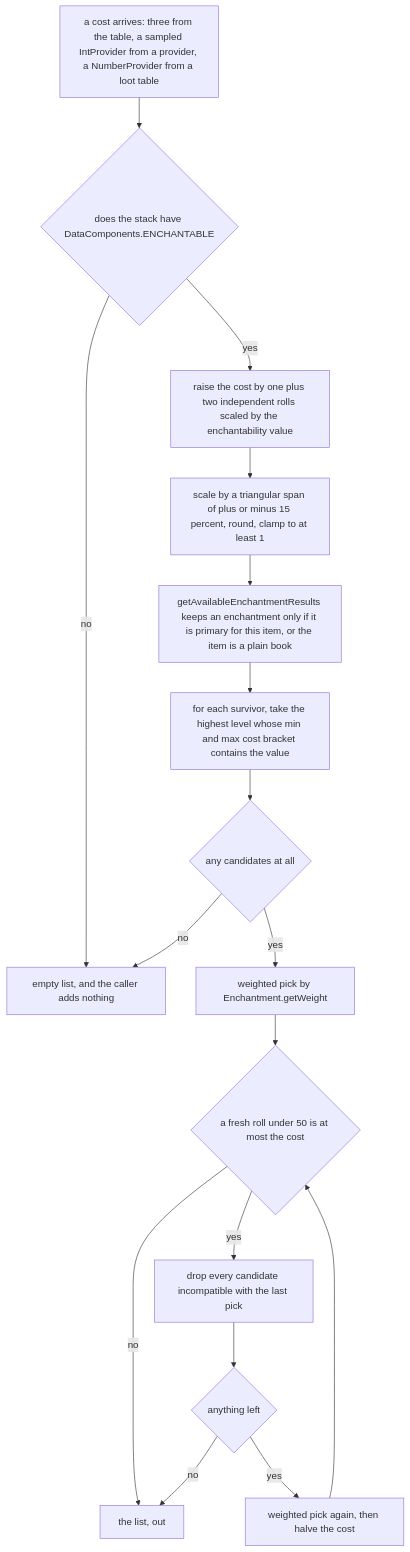
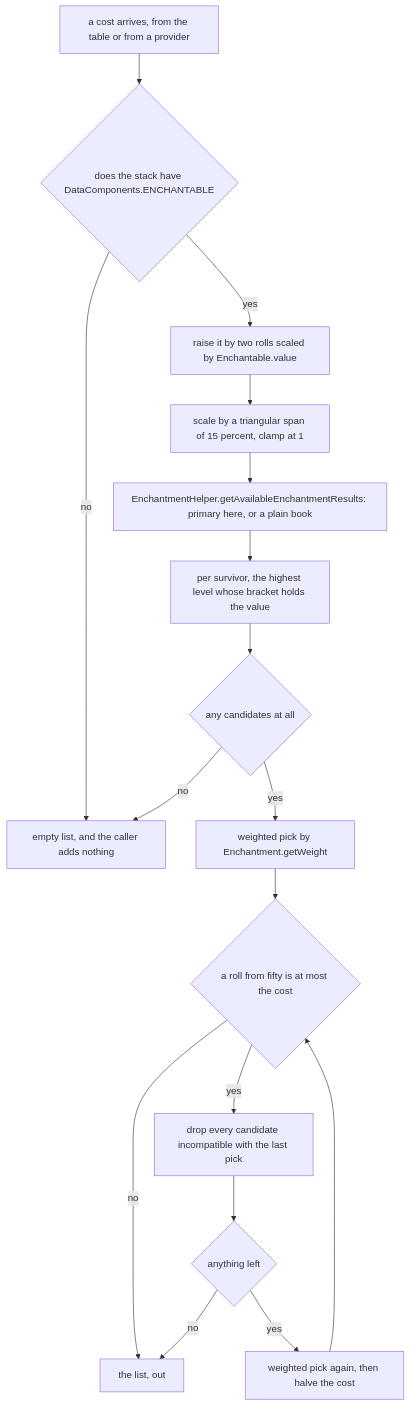
The first of 2 diagrams in src/systems/items/enchanting.md (AlexanderjFraser/MinecraftDocs), drawn with Mermaid before and after one commit. The commit also changed other lines of this file and 19 other files, not shown here.

````diff
--- a/src/systems/items/enchanting.md
+++ b/src/systems/items/enchanting.md
@@ -229,19 +231,19 @@
 ```mermaid
 flowchart TD
-    A["a cost arrives: three from the table, a sampled IntProvider from a provider, a NumberProvider from a loot table"] --> B{"does the stack have DataComponents.ENCHANTABLE"}
+    A["a cost arrives, from the table or from a provider"] --> B{"does the stack have DataComponents.ENCHANTABLE"}
     B -- no --> Z["empty list, and the caller adds nothing"]
-    B -- yes --> C["raise the cost by one plus two independent rolls scaled by the enchantability value"]
-    C --> D["scale by a triangular span of plus or minus 15 percent, round, clamp to at least 1"]
-    D --> E["getAvailableEnchantmentResults keeps an enchantment only if it is primary for this item, or the item is a plain book"]
-    E --> F["for each survivor, take the highest level whose min and max cost bracket contains the value"]
+    B -- yes --> C["raise it by two rolls scaled by Enchantable.value"]
+    C --> D["scale by a triangular span of 15 percent, clamp at 1"]
+    D --> E["EnchantmentHelper.getAvailableEnchantmentResults: primary here, or a plain book"]
+    E --> F["per survivor, the highest level whose bracket holds the value"]
     F --> G{"any candidates at all"}
     G -- no --> Z
     G -- yes --> H["weighted pick by Enchantment.getWeight"]
-    H --> I{"a fresh roll under 50 is at most the cost"}
+    H --> I{"a roll from fifty is at most the cost"}
     I -- no --> Y["the list, out"]
     I -- yes --> J["drop every candidate incompatible with the last pick"]
     J --> K{"anything left"}
     K -- no --> Y
     K -- yes --> L["weighted pick again, then halve the cost"]
     L --> I
 ```
````
